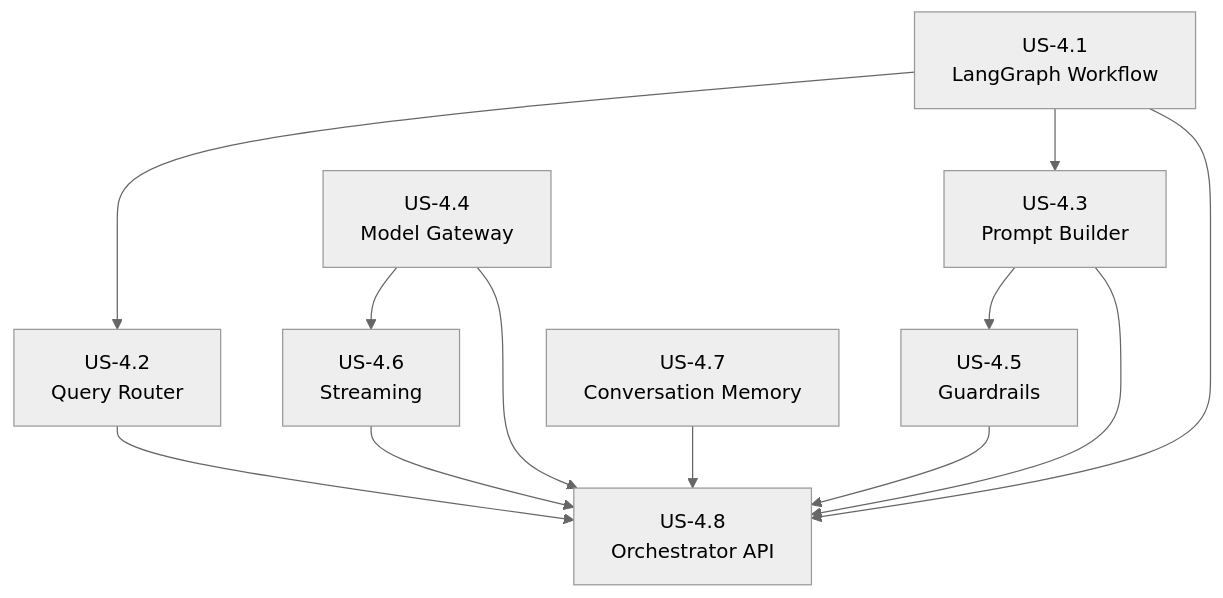
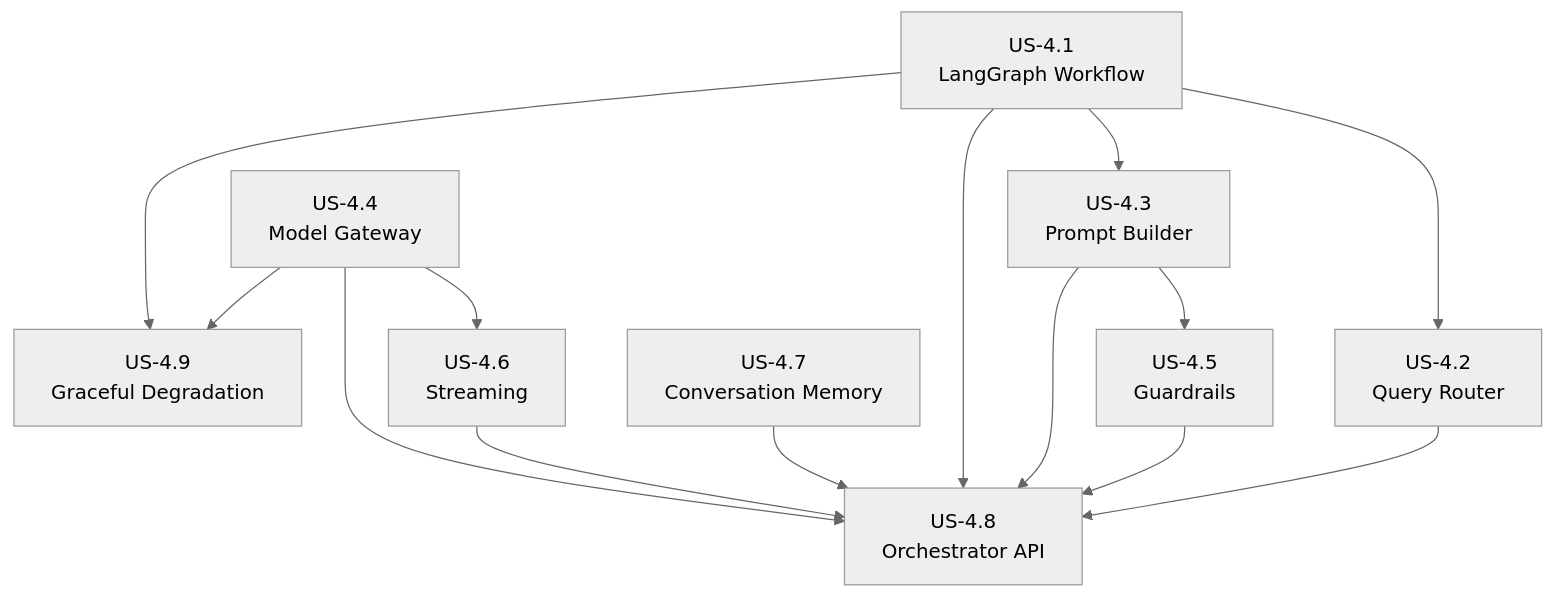
Before and after one commit to RogierKonings/ultimate-rag-pipeline: the first of 3 diagrams in workflow/refined/04-orchestrator-service/README.md, drawn with Mermaid (neutral theme). The commit also changed other lines of this file and 9 other files, not shown here.

Commit message:
feat: Implement database migrations with Alembic, standardize API paths, and add graceful degradation and embedding model migration user stories.

````diff
--- a/workflow/refined/04-orchestrator-service/README.md
+++ b/workflow/refined/04-orchestrator-service/README.md
@@ -52,16 +53,18 @@
 ```mermaid
 flowchart TD
     US41[US-4.1<br/>LangGraph Workflow] --> US42[US-4.2<br/>Query Router]
     US41 --> US43[US-4.3<br/>Prompt Builder]
     US43 --> US45[US-4.5<br/>Guardrails]
     US44[US-4.4<br/>Model Gateway] --> US46[US-4.6<br/>Streaming]
     US47[US-4.7<br/>Conversation Memory]
     
     US41 --> US48[US-4.8<br/>Orchestrator API]
     US42 --> US48
     US43 --> US48
     US44 --> US48
     US45 --> US48
     US46 --> US48
     US47 --> US48
+    US44 --> US49[US-4.9<br/>Graceful Degradation]
+    US41 --> US49
 ```
````
